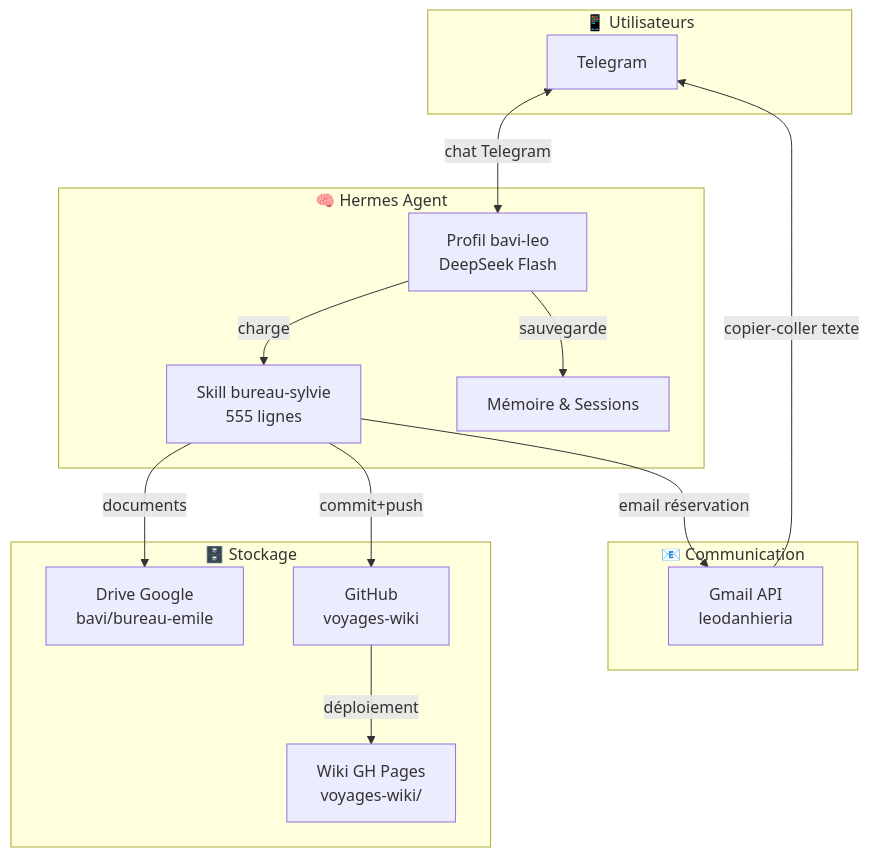
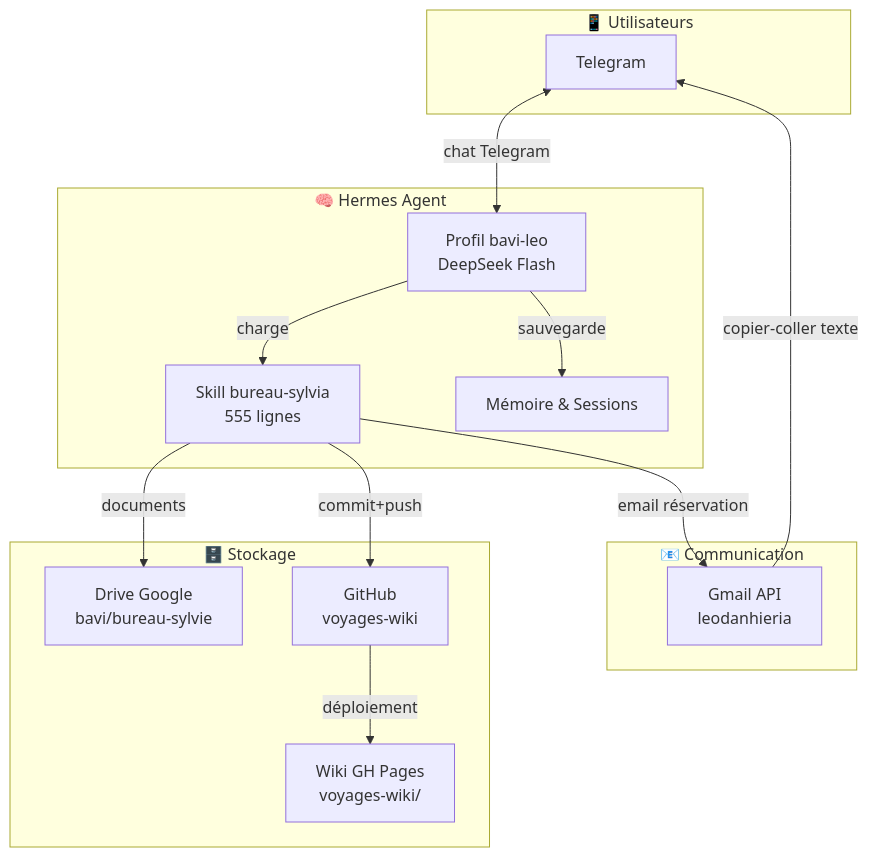
The first of 5 diagrams in docs/wiki/agent-pro/bureau-robert/analyse-bot-voyage-sylvia.md (christophedanhier-hash/BAVI_LEO), drawn with Mermaid before and after one commit. The commit also changed other lines of this file, not shown here.

Commit message:
🐛 Fix diagram: bureau-sylvie→bureau-sylvia, drive chemin, sync cron

````diff
--- a/docs/wiki/agent-pro/bureau-robert/analyse-bot-voyage-sylvia.md
+++ b/docs/wiki/agent-pro/bureau-robert/analyse-bot-voyage-sylvia.md
@@ -49,31 +49,31 @@
 ```mermaid
 graph TB
     subgraph "📱 Utilisateurs"
         T[Telegram]
     end
 
     subgraph "🧠 Hermes Agent"
         BP[Profil bavi-leo<br/>DeepSeek Flash]
-        SK[Skill bureau-sylvie<br/>555 lignes]
+        SK[Skill bureau-sylvia<br/>555 lignes]
         MB[Mémoire & Sessions]
     end
 
     subgraph "🗄️ Stockage"
-        DRV[Drive Google<br/>bavi/bureau-emile]
+        DRV[Drive Google<br/>bavi/bureau-sylvie]
         GH[GitHub<br/>voyages-wiki]
         WP[Wiki GH Pages<br/>voyages-wiki/]
     end
 
     subgraph "📧 Communication"
         GM[Gmail API<br/>leodanhieria]
     end
 
     T <-->|chat Telegram| BP
     BP -->|charge| SK
     BP -->|sauvegarde| MB
     SK -->|documents| DRV
     SK -->|commit+push| GH
     GH -->|déploiement| WP
     SK -->|email réservation| GM
     GM -->|copier-coller texte| T
 ```
````
